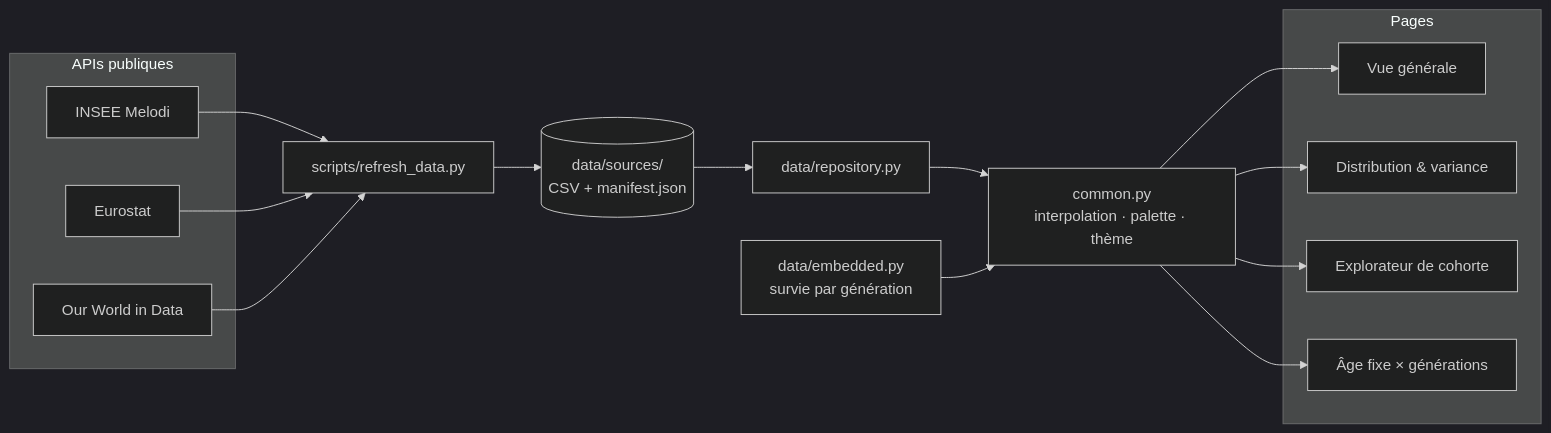
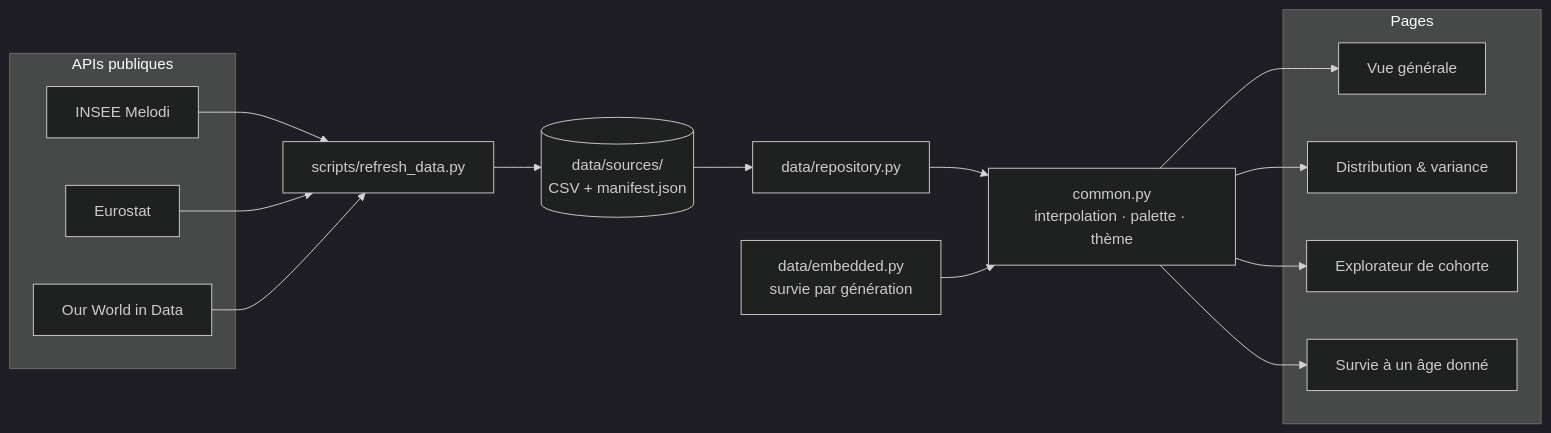
The diagram in README.md (floSa/esperance_de_vie_FR), drawn with Mermaid (dark theme) before and after one commit. The commit also changed other lines of this file and 7 other files, not shown here.

First line of the commit message:
fix(ui): rendre les sélecteurs et la page « Survie à un âge donné » lisibles

````diff
--- a/README.md
+++ b/README.md
@@ -66,22 +66,22 @@
 ```mermaid
 flowchart LR
   subgraph Sources["APIs publiques"]
     insee[INSEE Melodi]
     euro[Eurostat]
     owid[Our World in Data]
   end
   refresh[scripts/refresh_data.py]
   csv[(data/sources/<br/>CSV + manifest.json)]
   repo[data/repository.py]
   emb[data/embedded.py<br/>survie par génération]
   common[common.py<br/>interpolation · palette · thème]
   subgraph Pages
     p1[Vue générale]
     p2[Distribution & variance]
     p3[Explorateur de cohorte]
-    p4[Âge fixe × générations]
+    p4[Survie à un âge donné]
   end
   insee & euro & owid --> refresh --> csv --> repo --> common
   emb --> common
   common --> p1 & p2 & p3 & p4
 ```
````
